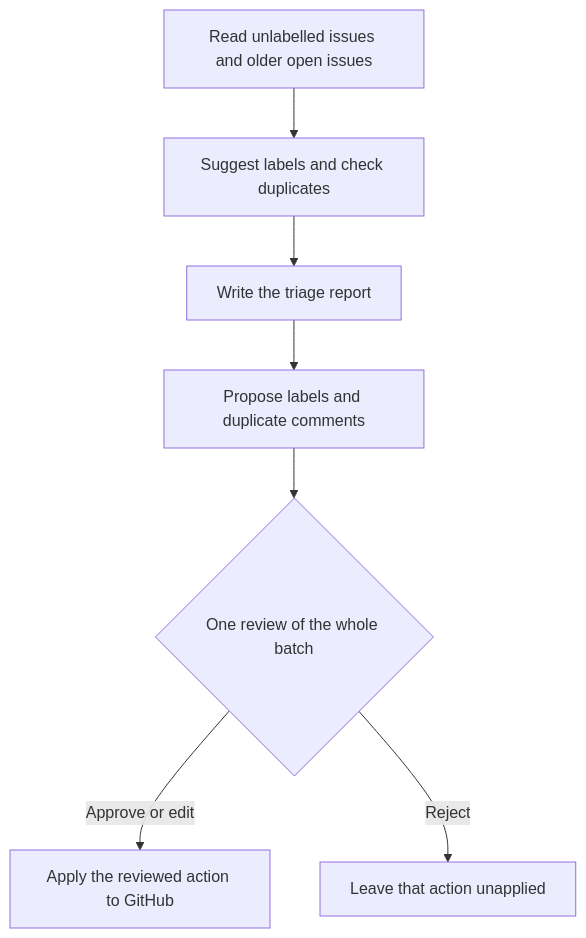
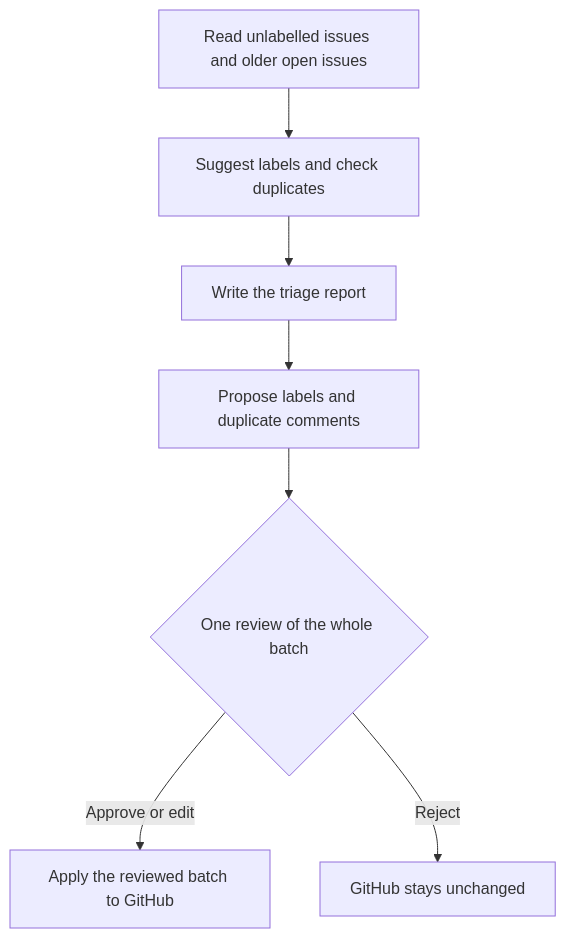
Before and after one commit to brkakyldz/github-issue-triage-agent: the diagram in README.md, drawn with Mermaid. The commit also changed other lines of this file and 9 other files, not shown here.

````diff
--- a/README.md
+++ b/README.md
@@ -34,9 +39,9 @@
 ```mermaid
 flowchart TD
     A["Read unlabelled issues and older open issues"] --> B["Suggest labels and check duplicates"]
     B --> C["Write the triage report"]
     C --> D["Propose labels and duplicate comments"]
     D --> E{"One review of the whole batch"}
-    E -->|Approve or edit| F["Apply the reviewed action to GitHub"]
-    E -->|Reject| G["Leave that action unapplied"]
+    E -->|Approve or edit| F["Apply the reviewed batch to GitHub"]
+    E -->|Reject| G["GitHub stays unchanged"]
 ```
````
